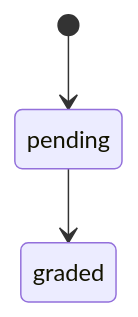
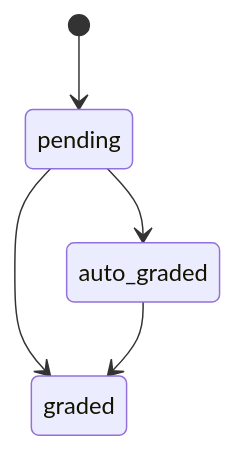
Before and after one commit to giorgosroussos/uplift: the ninth of 10 diagrams in build/docs/data.md, drawn with Mermaid. The commit also changed other lines of this file and 27 other files, not shown here.

````diff
--- a/build/docs/data.md
+++ b/build/docs/data.md
@@ -794,5 +794,7 @@
 ```mermaid
 stateDiagram-v2
   [*] --> pending
+  pending --> auto_graded
   pending --> graded
+  auto_graded --> graded
 ```
````
